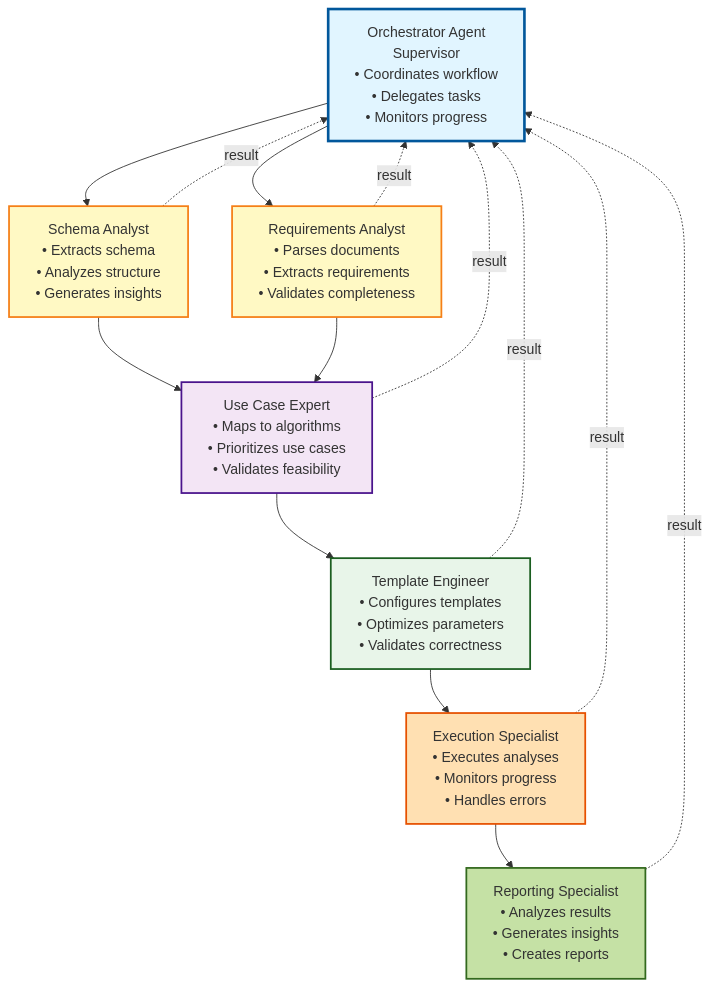
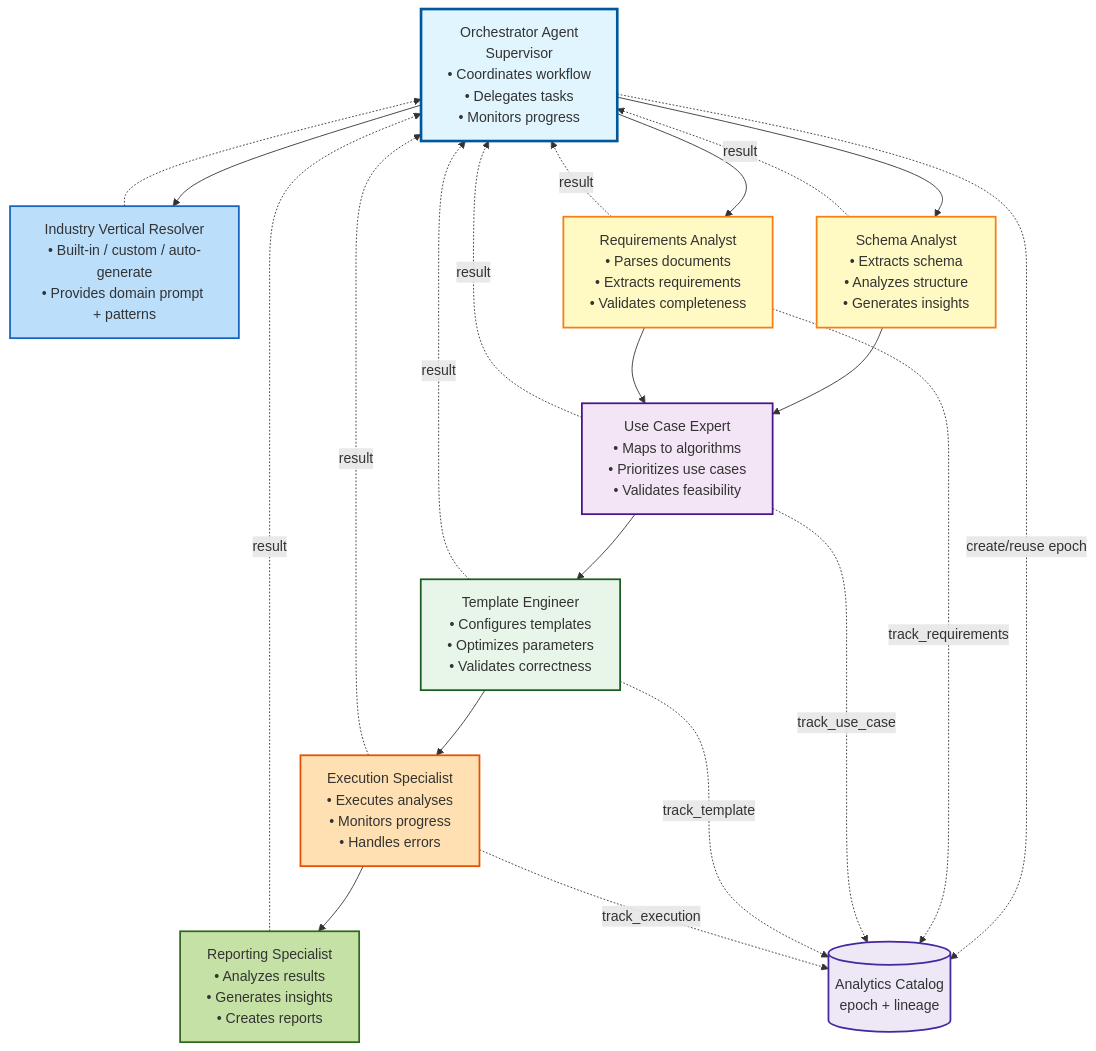
One commit to ArthurKeen/graph-analytics-ai-platform changed the first of 2 diagrams in docs/archive/phase-completions/PHASE_10_COMPLETE.md. Above: the diagram before and after it, drawn with Mermaid. The commit also changed other lines of this file and 4 other files, not shown here.

First line of the commit message:
docs: update agentic workflow diagrams for vertical automation and catalog

````diff
--- a/docs/archive/phase-completions/PHASE_10_COMPLETE.md
+++ b/docs/archive/phase-completions/PHASE_10_COMPLETE.md
@@ -134,39 +134,54 @@
 ```mermaid
 graph TB
  Orch[Orchestrator Agent<br/>Supervisor<br/>• Coordinates workflow<br/>• Delegates tasks<br/>• Monitors progress]
+ 
+ Vert[Industry Vertical Resolver<br/>• Built-in / custom / auto-generate<br/>• Provides domain prompt + patterns]
  
  Schema[Schema Analyst<br/>• Extracts schema<br/>• Analyzes structure<br/>• Generates insights]
  
  Req[Requirements Analyst<br/>• Parses documents<br/>• Extracts requirements<br/>• Validates completeness]
  
  UseCase[Use Case Expert<br/>• Maps to algorithms<br/>• Prioritizes use cases<br/>• Validates feasibility]
  
  Template[Template Engineer<br/>• Configures templates<br/>• Optimizes parameters<br/>• Validates correctness]
  
  Exec[Execution Specialist<br/>• Executes analyses<br/>• Monitors progress<br/>• Handles errors]
  
  Report[Reporting Specialist<br/>• Analyzes results<br/>• Generates insights<br/>• Creates reports]
  
+ Catalog[(Analytics Catalog<br/>epoch + lineage)]
+ 
+ Orch --> Vert
  Orch --> Schema
  Orch --> Req
  Schema --> UseCase
  Req --> UseCase
  UseCase --> Template
  Template --> Exec
  Exec --> Report
  
+ Vert -.-> Orch
+ 
  Schema -.->|result| Orch
  Req -.->|result| Orch
  UseCase -.->|result| Orch
  Template -.->|result| Orch
  Exec -.->|result| Orch
  Report -.->|result| Orch
  
+ Orch -.->|create/reuse epoch| Catalog
+ Req -.->|track_requirements| Catalog
+ UseCase -.->|track_use_case| Catalog
+ Template -.->|track_template| Catalog
+ Exec -.->|track_execution| Catalog
+ 
  style Orch fill:#e1f5ff,stroke:#01579b,stroke-width:3px
+ style Vert fill:#bbdefb,stroke:#1565c0,stroke-width:2px
  style Schema fill:#fff9c4,stroke:#f57f17,stroke-width:2px
  style Req fill:#fff9c4,stroke:#f57f17,stroke-width:2px
  style UseCase fill:#f3e5f5,stroke:#4a148c,stroke-width:2px
  style Template fill:#e8f5e9,stroke:#1b5e20,stroke-width:2px
  style Exec fill:#ffe0b2,stroke:#e65100,stroke-width:2px
  style Report fill:#c5e1a5,stroke:#33691e,stroke-width:2px
+ style Catalog fill:#ede7f6,stroke:#4527a0,stroke-width:2px
 ```
````
